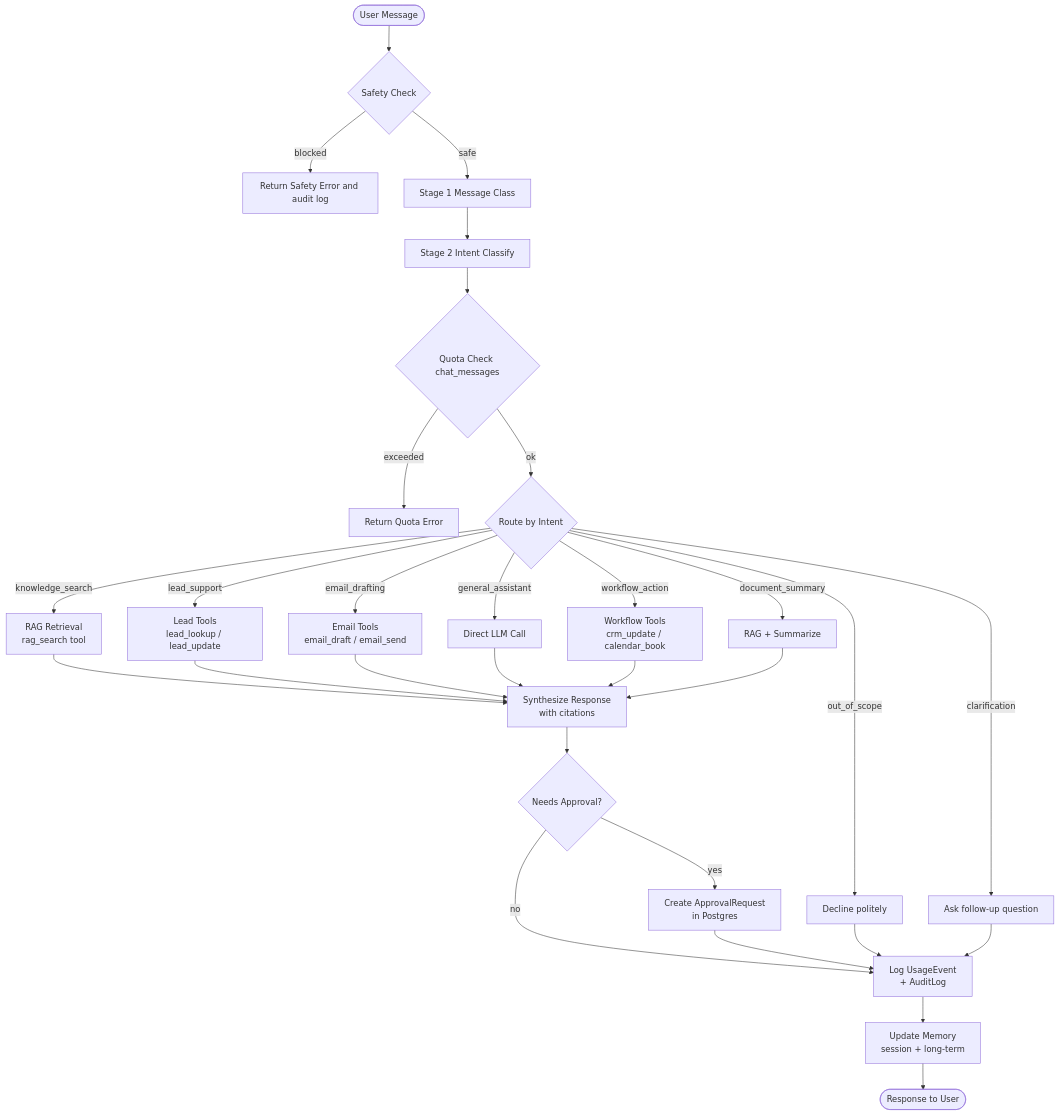
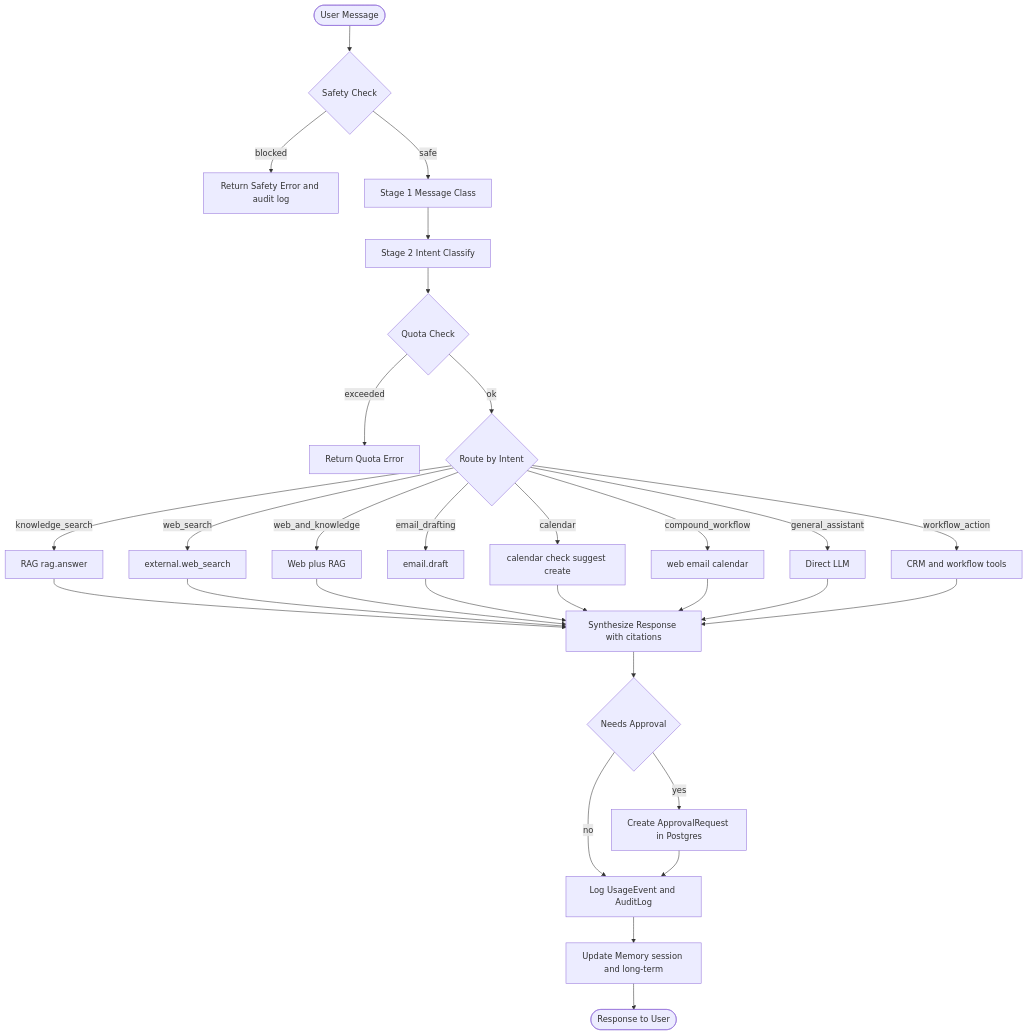
Before and after one commit to Fejjii/OnePilot-AI: the diagram in docs/agent_workflow.md, drawn with Mermaid. The commit also changed other lines of this file and 100 other files, not shown here.

````diff
--- a/docs/agent_workflow.md
+++ b/docs/agent_workflow.md
@@ -60,36 +43,36 @@
 ```mermaid
 flowchart TD
     Start([User Message]) --> Safety{Safety Check}
     Safety -->|blocked| Blocked[Return Safety Error and audit log]
     Safety -->|safe| Stage1[Stage 1 Message Class]
     Stage1 --> Stage2[Stage 2 Intent Classify]
-    Stage2 --> QuotaCheck{Quota Check chat_messages}
+    Stage2 --> QuotaCheck{Quota Check}
     QuotaCheck -->|exceeded| QuotaError[Return Quota Error]
     QuotaCheck -->|ok| Route{Route by Intent}
 
-    Route -->|knowledge_search| RAG[RAG Retrieval\nrag_search tool]
-    Route -->|lead_support| LeadTool[Lead Tools\nlead_lookup / lead_update]
-    Route -->|email_drafting| EmailTool[Email Tools\nemail_draft / email_send]
-    Route -->|general_assistant| LLM[Direct LLM Call]
-    Route -->|workflow_action| WorkflowTools[Workflow Tools\ncrm_update / calendar_book]
-    Route -->|document_summary| SummaryTool[RAG + Summarize]
-    Route -->|out_of_scope| OutOfScope[Decline politely]
-    Route -->|clarification| Clarify[Ask follow-up question]
+    Route -->|knowledge_search| RAG[RAG rag.answer]
+    Route -->|web_search| Web[external.web_search]
+    Route -->|web_and_knowledge| Hybrid[Web plus RAG]
+    Route -->|email_drafting| Email[email.draft]
+    Route -->|calendar| Cal[calendar check suggest create]
+    Route -->|compound_workflow| Compound[web email calendar]
+    Route -->|general_assistant| LLM[Direct LLM]
+    Route -->|workflow_action| Workflow[CRM and workflow tools]
 
-    RAG --> Synthesize[Synthesize Response\nwith citations]
-    LeadTool --> Synthesize
-    EmailTool --> Synthesize
+    RAG --> Synthesize[Synthesize Response with citations]
+    Web --> Synthesize
+    Hybrid --> Synthesize
+    Email --> Synthesize
+    Cal --> Synthesize
+    Compound --> Synthesize
     LLM --> Synthesize
-    WorkflowTools --> Synthesize
-    SummaryTool --> Synthesize
+    Workflow --> Synthesize
 
-    Synthesize --> ApprovalCheck{Needs Approval?}
-    ApprovalCheck -->|yes| CreateApproval[Create ApprovalRequest\nin Postgres]
+    Synthesize --> ApprovalCheck{Needs Approval}
+    ApprovalCheck -->|yes| CreateApproval[Create ApprovalRequest in Postgres]
     ApprovalCheck -->|no| Finalize
 
-    CreateApproval --> Finalize[Log UsageEvent\n+ AuditLog]
-    OutOfScope --> Finalize
-    Clarify --> Finalize
-    Finalize --> Memory[Update Memory\nsession + long-term]
+    CreateApproval --> Finalize[Log UsageEvent and AuditLog]
+    Finalize --> Memory[Update Memory session and long-term]
     Memory --> Done([Response to User])
 ```
````
